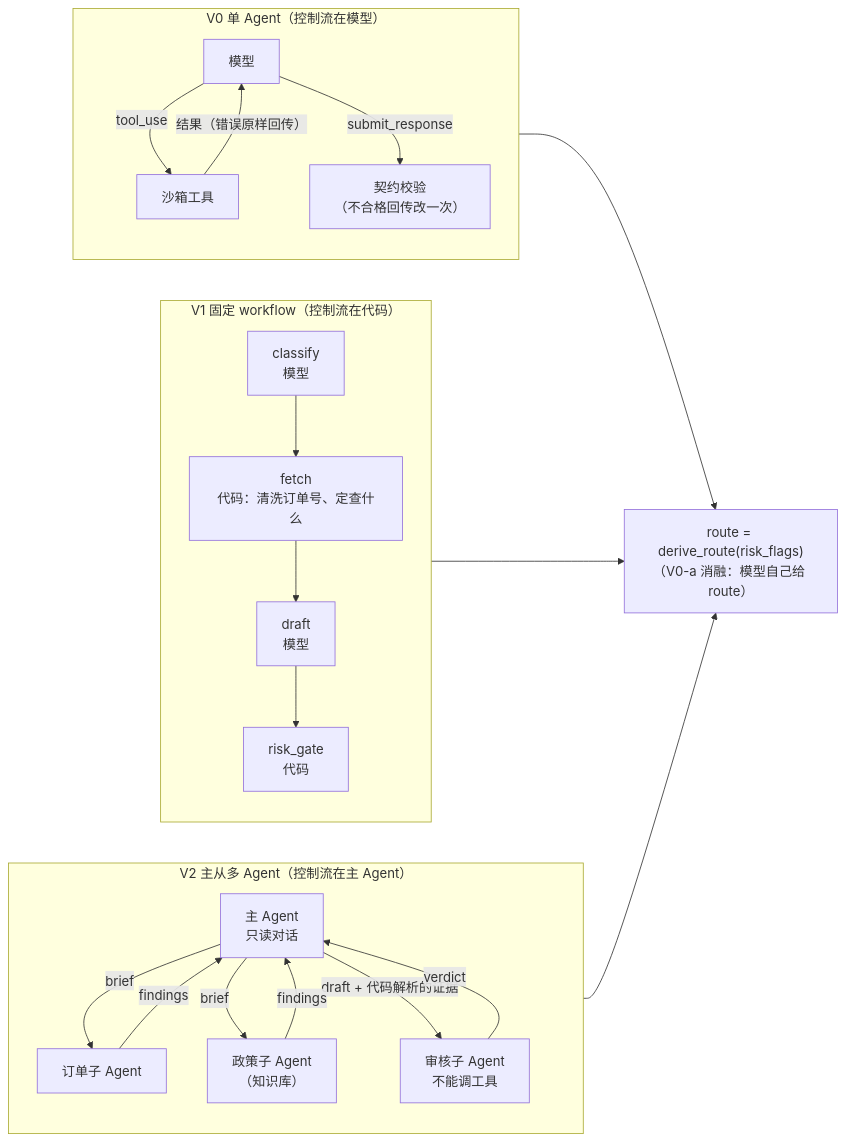
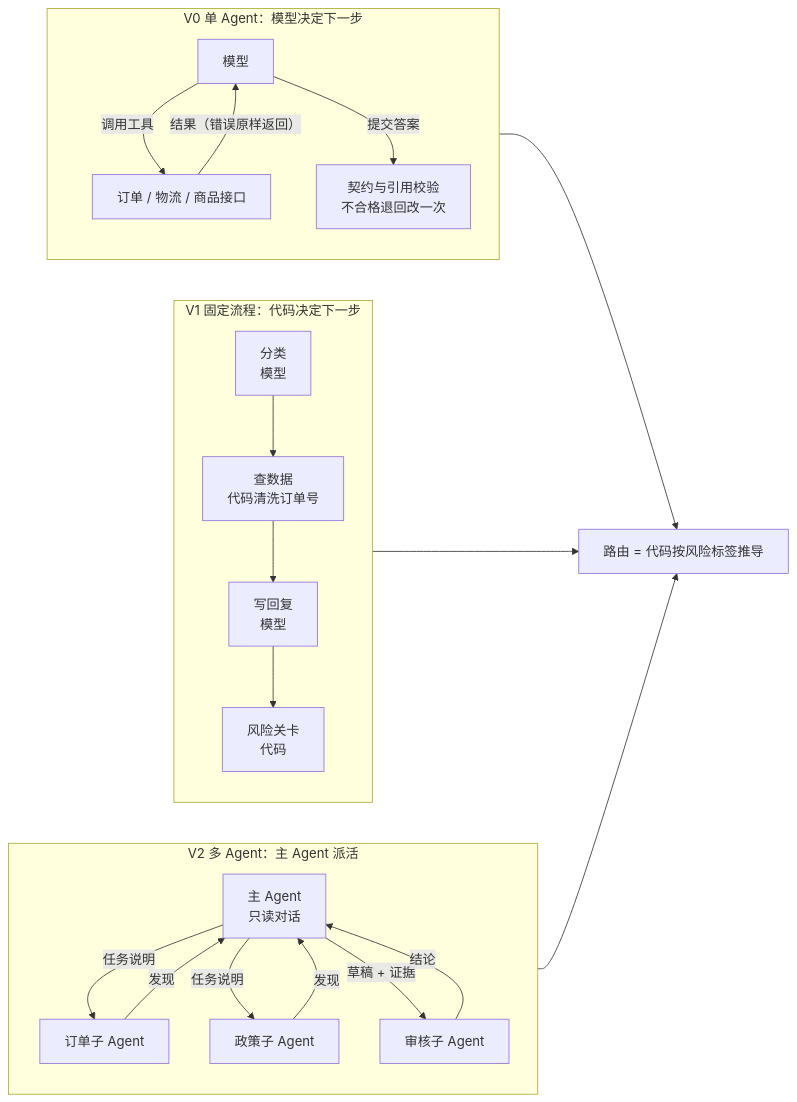
One commit to gnnyi/crossborder-inquiry-agent changed the diagram in README.md. Above: the diagram before and after it, drawn with Mermaid. The commit also changed other lines of this file, not shown here.

````diff
--- a/README.md
+++ b/README.md
@@ -30,25 +84,25 @@
 ```mermaid
 flowchart LR
-    subgraph V0["V0 单 Agent（控制流在模型）"]
+    subgraph V0["V0 单 Agent：模型决定下一步"]
         direction TB
-        a0["模型"] -- "tool_use" --> s0["沙箱工具"]
-        s0 -- "结果（错误原样回传）" --> a0
-        a0 -- "submit_response" --> c0["契约校验<br/>（不合格回传改一次）"]
+        a0["模型"] -- "调用工具" --> s0["订单 / 物流 / 商品接口"]
+        s0 -- "结果（错误原样返回）" --> a0
+        a0 -- "提交答案" --> c0["契约与引用校验<br/>不合格退回改一次"]
     end
-    subgraph V1["V1 固定 workflow（控制流在代码）"]
+    subgraph V1["V1 固定流程：代码决定下一步"]
         direction TB
-        k1["classify<br/>模型"] --> f1["fetch<br/>代码：清洗订单号、定查什么"] --> d1["draft<br/>模型"] --> g1["risk_gate<br/>代码"]
+        k1["分类<br/>模型"] --> f1["查数据<br/>代码清洗订单号"] --> d1["写回复<br/>模型"] --> g1["风险关卡<br/>代码"]
     end
-    subgraph V2["V2 主从多 Agent（控制流在主 Agent）"]
+    subgraph V2["V2 多 Agent：主 Agent 派活"]
         direction TB
-        o2["主 Agent<br/>只读对话"] -- "brief" --> w1["订单子 Agent"]
-        o2 -- "brief" --> w2["政策子 Agent<br/>（知识库）"]
-        o2 -- "draft + 代码解析的证据" --> w3["审核子 Agent<br/>不能调工具"]
-        w1 -- "findings" --> o2
-        w2 -- "findings" --> o2
-        w3 -- "verdict" --> o2
+        o2["主 Agent<br/>只读对话"] -- "任务说明" --> w1["订单子 Agent"]
+        o2 -- "任务说明" --> w2["政策子 Agent"]
+        o2 -- "草稿 + 证据" --> w3["审核子 Agent"]
+        w1 -- "发现" --> o2
+        w2 -- "发现" --> o2
+        w3 -- "结论" --> o2
     end
-    V0 --> R["route = derive_route(risk_flags)<br/>（V0-a 消融：模型自己给 route）"]
+    V0 --> R["路由 = 代码按风险标签推导"]
     V1 --> R
     V2 --> R
 ```
````
